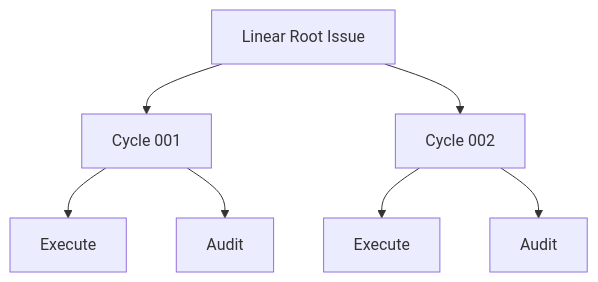
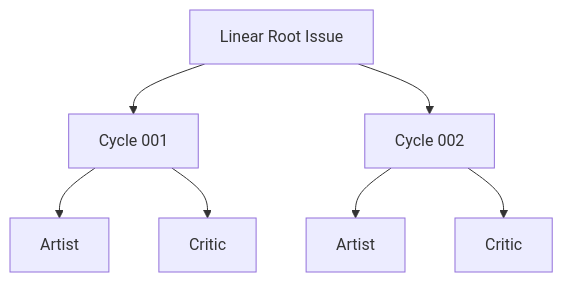
One commit to hallucination-studio/symphony changed the diagram in docs/architecture/root-issue.md. Above: the diagram before and after it, drawn with Mermaid. The commit also changed other lines of this file and 64 other files, not shown here.

Commit message:
refactor: rename cycle roles to artist and critic

````diff
--- a/docs/architecture/root-issue.md
+++ b/docs/architecture/root-issue.md
@@ -9,10 +9,10 @@
 ```mermaid
 %% source-rules: WF-TOPO-001 WF-TOPO-002 WF-TOPO-003
 flowchart TD
   Root[Linear Root Issue] --> C1[Cycle 001]
   Root --> C2[Cycle 002]
-  C1 --> E1[Execute]
-  C1 --> A1[Audit]
-  C2 --> E2[Execute]
-  C2 --> A2[Audit]
+  C1 --> E1[Artist]
+  C1 --> A1[Critic]
+  C2 --> E2[Artist]
+  C2 --> A2[Critic]
 ```
````
